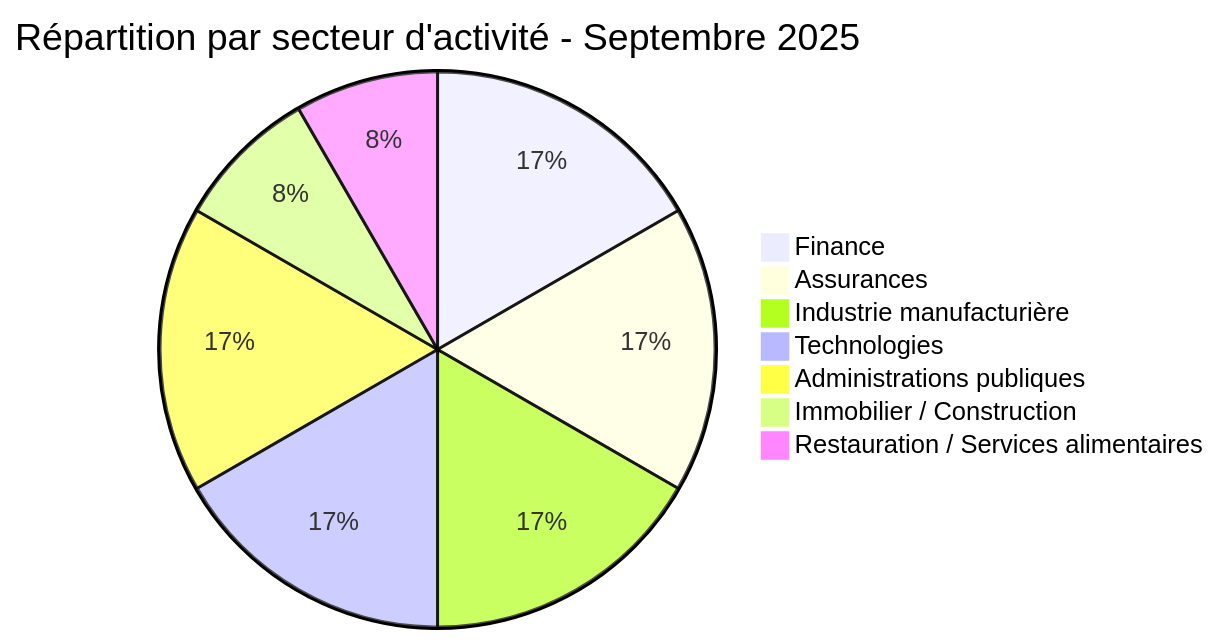
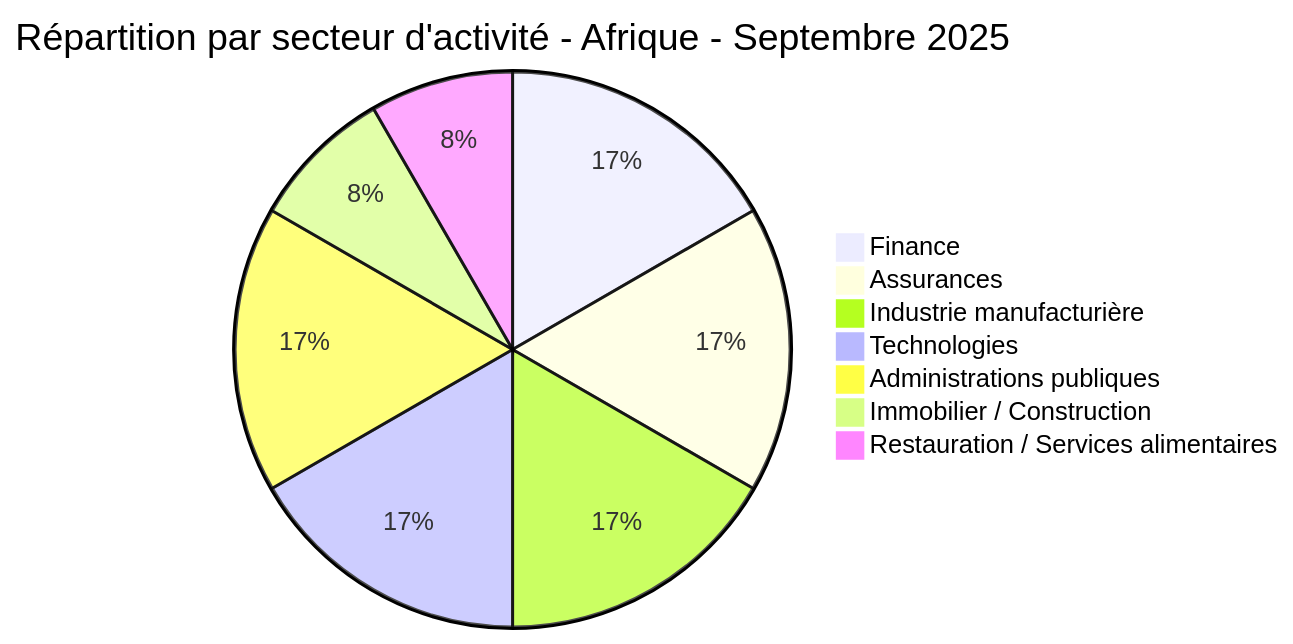
One commit to Hatchepsoute/AFRINTEL changed the first of 5 diagrams in 2025/september/report/README_FR.md. Above: the diagram before and after it, drawn with Mermaid. The commit also changed other lines of this file, not shown here.

Commit message:
Rapport de cyberttaque Septembre 2025 - versions FR/EN & rapport CTI Janvier et Février 2026

````diff
--- a/2025/september/report/README_FR.md
+++ b/2025/september/report/README_FR.md
@@ -51,10 +52,10 @@
 ```mermaid
-pie title Répartition par secteur d'activité - Septembre 2025
+pie title Répartition par secteur d'activité - Afrique - Septembre 2025
 "Finance" : 2
 "Assurances" : 2
 "Industrie manufacturière" : 2
 "Technologies" : 2
 "Administrations publiques" : 2
 "Immobilier / Construction" : 1
 "Restauration / Services alimentaires" : 1
 ```
````
